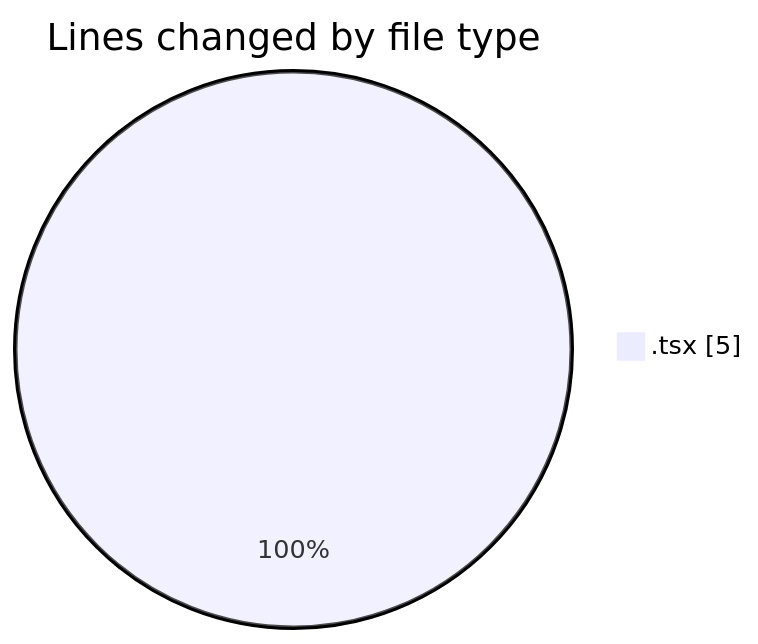
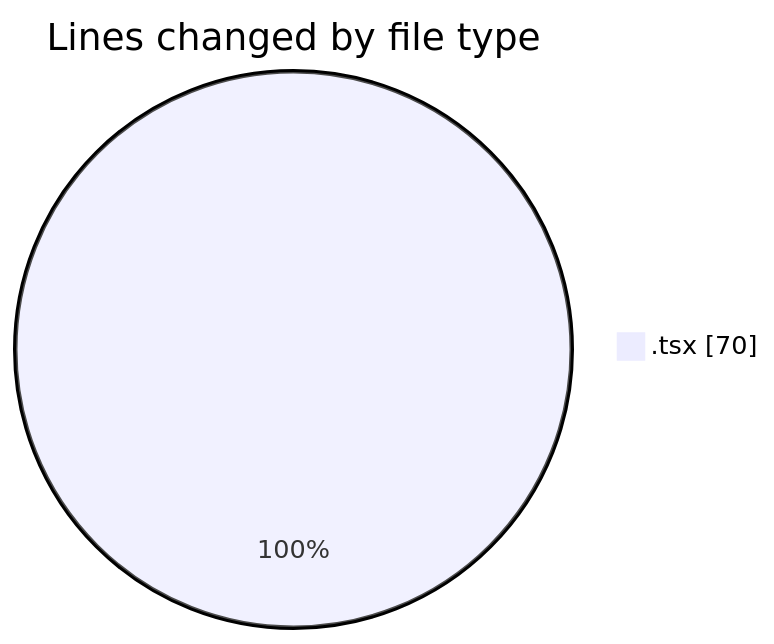
The first of 2 diagrams in 2025-03-19/cda/README.md (momahboobian/code-tracking), drawn with Mermaid before and after one commit. The commit also changed other lines of this file and 1 other file, not shown here.

````diff
--- a/2025-03-19/cda/README.md
+++ b/2025-03-19/cda/README.md
@@ -20,5 +22,5 @@
 ```mermaid
 pie showData
 title Lines changed by file type
-".tsx" : 5
+".tsx" : 70
 ```
````
